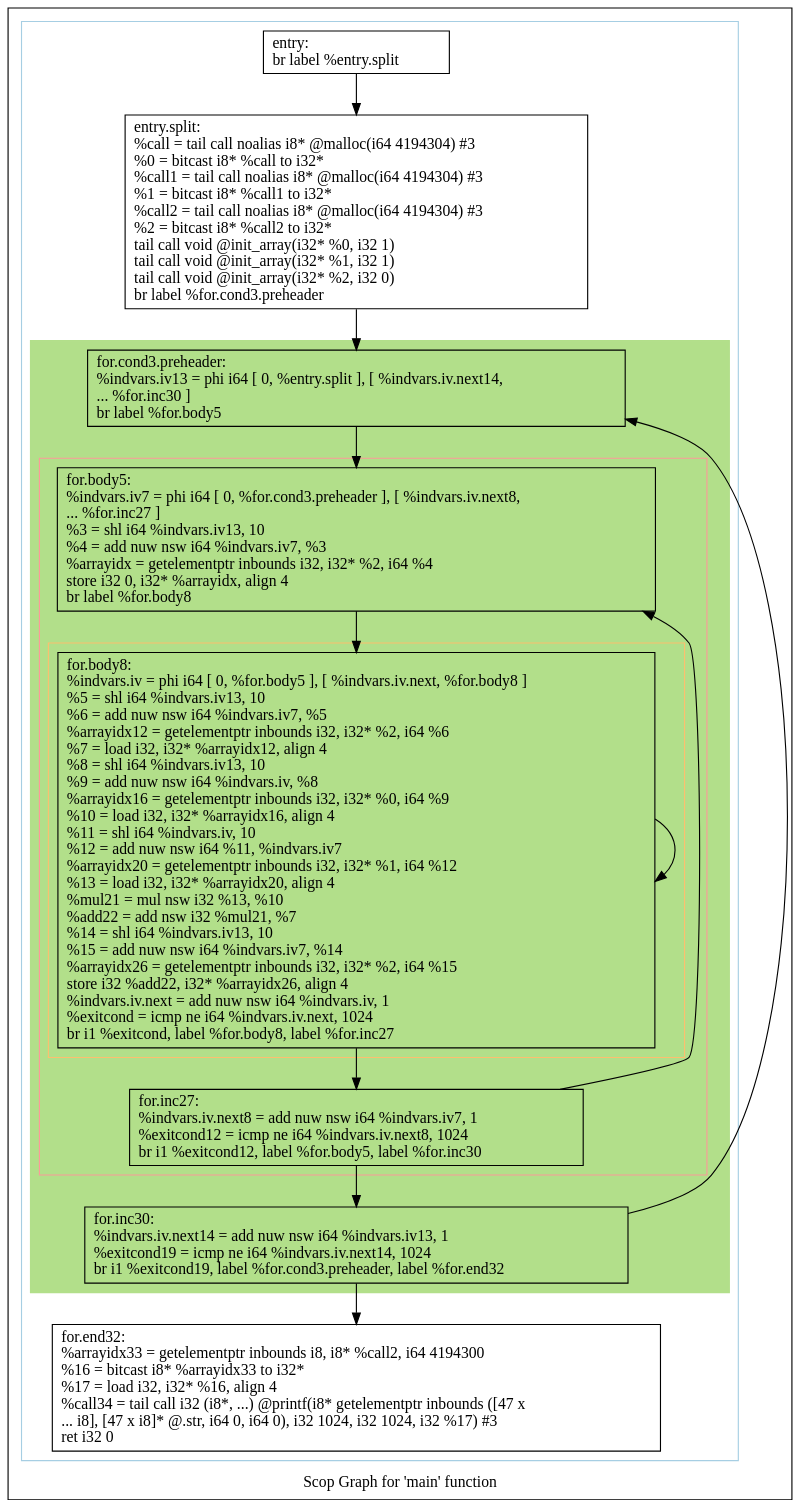
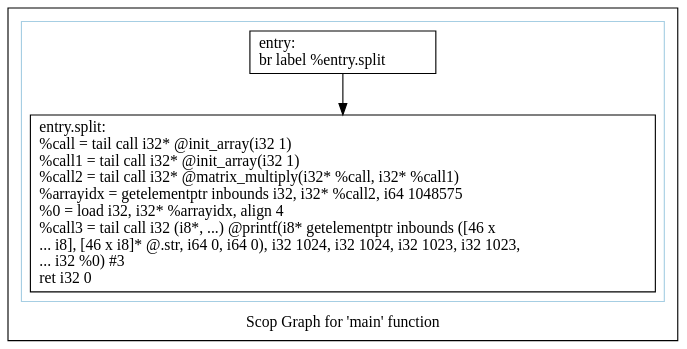
Before and after one commit to samminweng/WhileyOpenCL: the diagram in polly/MatrixMult/impl/handwritten2/dot/scops.main.dot, drawn with Graphviz. The commit also changed 167 other files, not shown here.

```diff
--- a/polly/MatrixMult/impl/handwritten2/dot/scops.main.dot
+++ b/polly/MatrixMult/impl/handwritten2/dot/scops.main.dot
@@ -1,50 +1,15 @@
 digraph "Scop Graph for 'main' function" {
 	label="Scop Graph for 'main' function";
 
-	Node0x69501b0 [shape=record,label="{entry:\l  br label %entry.split\l}"];
-	Node0x69501b0 -> Node0x6955580;
-	Node0x6955580 [shape=record,label="{entry.split:                                      \l  %call = tail call noalias i8* @malloc(i64 4194304) #3\l  %0 = bitcast i8* %call to i32*\l  %call1 = tail call noalias i8* @malloc(i64 4194304) #3\l  %1 = bitcast i8* %call1 to i32*\l  %call2 = tail call noalias i8* @malloc(i64 4194304) #3\l  %2 = bitcast i8* %call2 to i32*\l  tail call void @init_array(i32* %0, i32 1)\l  tail call void @init_array(i32* %1, i32 1)\l  tail call void @init_array(i32* %2, i32 0)\l  br label %for.cond3.preheader\l}"];
-	Node0x6955580 -> Node0x69533e0;
-	Node0x69533e0 [shape=record,label="{for.cond3.preheader:                              \l  %indvars.iv13 = phi i64 [ 0, %entry.split ], [ %indvars.iv.next14,\l... %for.inc30 ]\l  br label %for.body5\l}"];
-	Node0x69533e0 -> Node0x6955090;
-	Node0x6955090 [shape=record,label="{for.body5:                                        \l  %indvars.iv7 = phi i64 [ 0, %for.cond3.preheader ], [ %indvars.iv.next8,\l... %for.inc27 ]\l  %3 = shl i64 %indvars.iv13, 10\l  %4 = add nuw nsw i64 %indvars.iv7, %3\l  %arrayidx = getelementptr inbounds i32, i32* %2, i64 %4\l  store i32 0, i32* %arrayidx, align 4\l  br label %for.body8\l}"];
-	Node0x6955090 -> Node0x69537b0;
-	Node0x69537b0 [shape=record,label="{for.body8:                                        \l  %indvars.iv = phi i64 [ 0, %for.body5 ], [ %indvars.iv.next, %for.body8 ]\l  %5 = shl i64 %indvars.iv13, 10\l  %6 = add nuw nsw i64 %indvars.iv7, %5\l  %arrayidx12 = getelementptr inbounds i32, i32* %2, i64 %6\l  %7 = load i32, i32* %arrayidx12, align 4\l  %8 = shl i64 %indvars.iv13, 10\l  %9 = add nuw nsw i64 %indvars.iv, %8\l  %arrayidx16 = getelementptr inbounds i32, i32* %0, i64 %9\l  %10 = load i32, i32* %arrayidx16, align 4\l  %11 = shl i64 %indvars.iv, 10\l  %12 = add nuw nsw i64 %11, %indvars.iv7\l  %arrayidx20 = getelementptr inbounds i32, i32* %1, i64 %12\l  %13 = load i32, i32* %arrayidx20, align 4\l  %mul21 = mul nsw i32 %13, %10\l  %add22 = add nsw i32 %mul21, %7\l  %14 = shl i64 %indvars.iv13, 10\l  %15 = add nuw nsw i64 %indvars.iv7, %14\l  %arrayidx26 = getelementptr inbounds i32, i32* %2, i64 %15\l  store i32 %add22, i32* %arrayidx26, align 4\l  %indvars.iv.next = add nuw nsw i64 %indvars.iv, 1\l  %exitcond = icmp ne i64 %indvars.iv.next, 1024\l  br i1 %exitcond, label %for.body8, label %for.inc27\l}"];
-	Node0x69537b0 -> Node0x69537b0[constraint=false];
-	Node0x69537b0 -> Node0x6953810;
-	Node0x6953810 [shape=record,label="{for.inc27:                                        \l  %indvars.iv.next8 = add nuw nsw i64 %indvars.iv7, 1\l  %exitcond12 = icmp ne i64 %indvars.iv.next8, 1024\l  br i1 %exitcond12, label %for.body5, label %for.inc30\l}"];
-	Node0x6953810 -> Node0x6955090[constraint=false];
-	Node0x6953810 -> Node0x6955180;
-	Node0x6955180 [shape=record,label="{for.inc30:                                        \l  %indvars.iv.next14 = add nuw nsw i64 %indvars.iv13, 1\l  %exitcond19 = icmp ne i64 %indvars.iv.next14, 1024\l  br i1 %exitcond19, label %for.cond3.preheader, label %for.end32\l}"];
-	Node0x6955180 -> Node0x69533e0[constraint=false];
-	Node0x6955180 -> Node0x69551e0;
-	Node0x69551e0 [shape=record,label="{for.end32:                                        \l  %arrayidx33 = getelementptr inbounds i8, i8* %call2, i64 4194300\l  %16 = bitcast i8* %arrayidx33 to i32*\l  %17 = load i32, i32* %16, align 4\l  %call34 = tail call i32 (i8*, ...) @printf(i8* getelementptr inbounds ([47 x\l... i8], [47 x i8]* @.str, i64 0, i64 0), i32 1024, i32 1024, i32 %17) #3\l  ret i32 0\l}"];
+	Node0x5f42650 [shape=record,label="{entry:\l  br label %entry.split\l}"];
+	Node0x5f42650 -> Node0x5f23e60;
+	Node0x5f23e60 [shape=record,label="{entry.split:                                      \l  %call = tail call i32* @init_array(i32 1)\l  %call1 = tail call i32* @init_array(i32 1)\l  %call2 = tail call i32* @matrix_multiply(i32* %call, i32* %call1)\l  %arrayidx = getelementptr inbounds i32, i32* %call2, i64 1048575\l  %0 = load i32, i32* %arrayidx, align 4\l  %call3 = tail call i32 (i8*, ...) @printf(i8* getelementptr inbounds ([46 x\l... i8], [46 x i8]* @.str, i64 0, i64 0), i32 1024, i32 1024, i32 1023, i32 1023,\l... i32 %0) #3\l  ret i32 0\l}"];
 	colorscheme = "paired12"
-        subgraph cluster_0x6950c50 {
+        subgraph cluster_0x5f475b0 {
           label = "";
           style = solid;
           color = 1
-          subgraph cluster_0x692c4a0 {
-            label = "";
-            style = filled;
-            color = 3            subgraph cluster_0x6950cd0 {
-              label = "";
-              style = solid;
-              color = 5
-              subgraph cluster_0x692c420 {
-                label = "";
-                style = solid;
-                color = 7
-                Node0x69537b0;
-              }
-              Node0x6955090;
-              Node0x6953810;
-            }
-            Node0x69533e0;
-            Node0x6955180;
-          }
-          Node0x69501b0;
-          Node0x6955580;
-          Node0x69551e0;
+          Node0x5f42650;
+          Node0x5f23e60;
         }
 }
```
